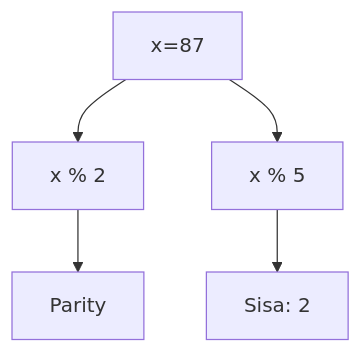
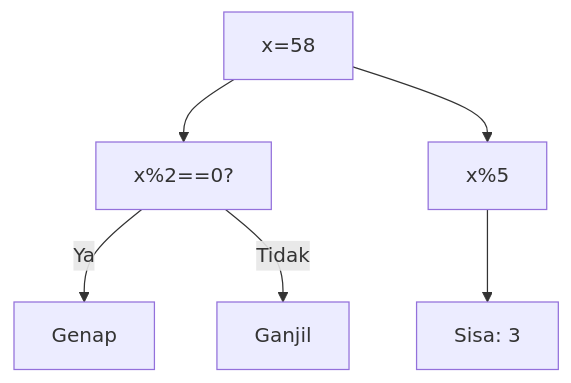
Before and after one commit to amnahwaida/OSNK_INF_PREP: the fourth of 25 diagrams in part-c-pemahaman-cpp/06-bitwise/latihan/set-11.md, drawn with Mermaid. The commit also changed other lines of this file and 71 other files, not shown here.

Commit message:
Fixed Mermaid syntax lexical errors with quoted labels in 1,800 questions

````diff
--- a/part-c-pemahaman-cpp/06-bitwise/latihan/set-11.md
+++ b/part-c-pemahaman-cpp/06-bitwise/latihan/set-11.md
@@ -141,7 +110,8 @@
 ```mermaid
 graph TD
-A[x=87] --> B[x % 2]
-B --> C[Parity]
-A --> D[x % 5]
-D --> E[Sisa: 2]
+A["x=58"] --> B["x%2==0?"]
+B -- Ya --> C["Genap"]
+B -- Tidak --> D["Ganjil"]
+A --> E["x%5"]
+E --> F["Sisa: 3"]
 ```
````
